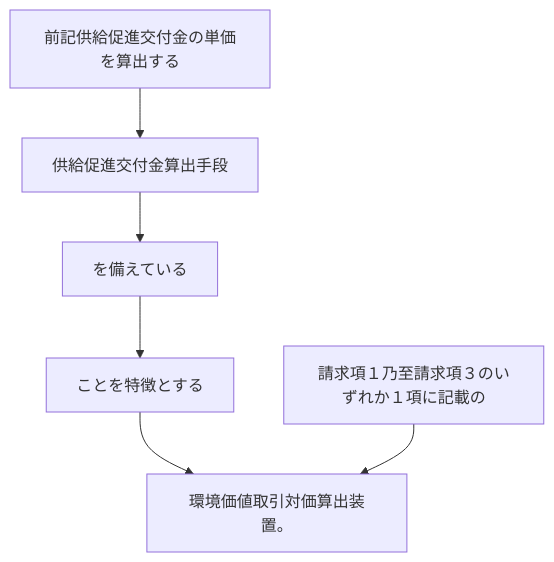
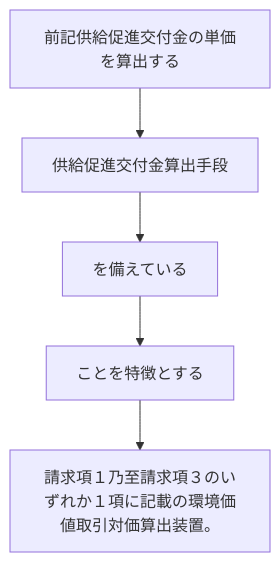
Before and after one commit to shinmori55/patent_analyzed: the diagram in 2024/JP2024027042A/claim_4/README.md, drawn with Mermaid. The commit also changed 336 other files, not shown here.

````diff
--- a/2024/JP2024027042A/claim_4/README.md
+++ b/2024/JP2024027042A/claim_4/README.md
@@ -2,14 +2,12 @@
 ```mermaid
 flowchart TD
 A[前記供給促進交付金の単価を算出する]
 B[供給促進交付金算出手段]
 C[を備えている]
 D[ことを特徴とする]
-E[請求項１乃至請求項３のいずれか１項に記載の]
-F[環境価値取引対価算出装置。]
+E[請求項１乃至請求項３のいずれか１項に記載の環境価値取引対価算出装置。]
 A --> B
 B --> C
 C --> D
-D --> F
-E --> F
+D --> E
 ```
````
